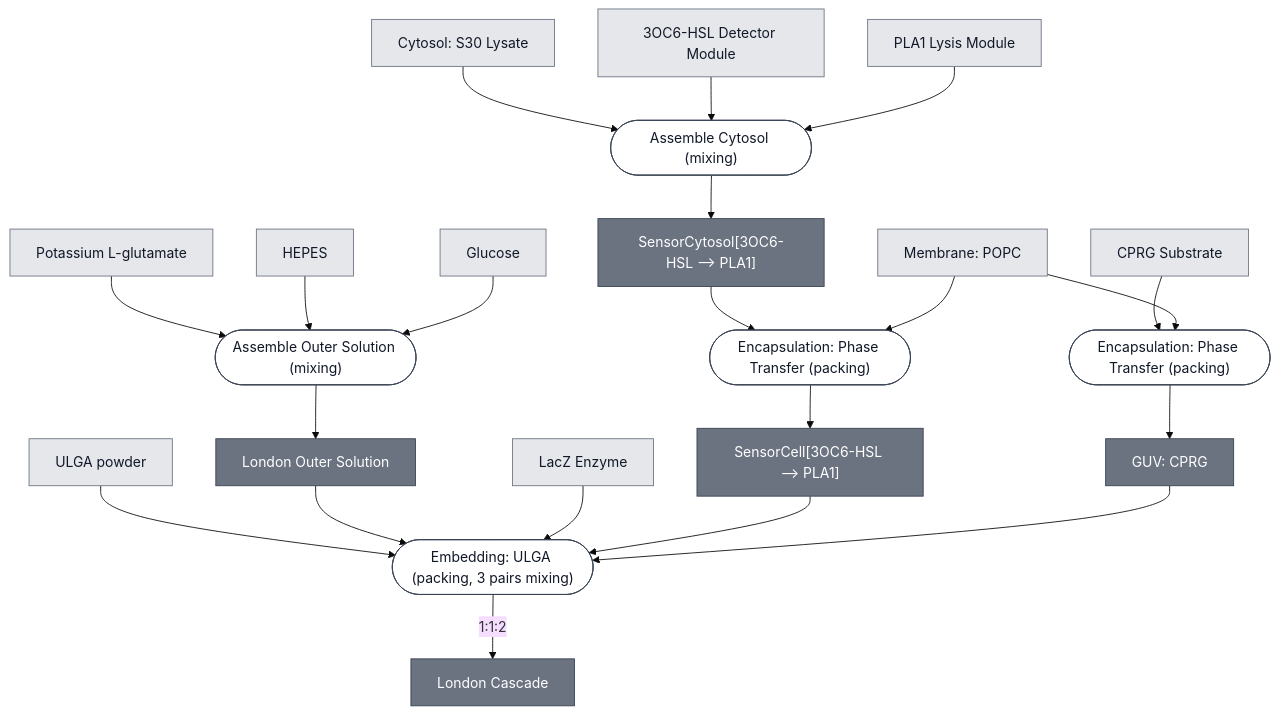
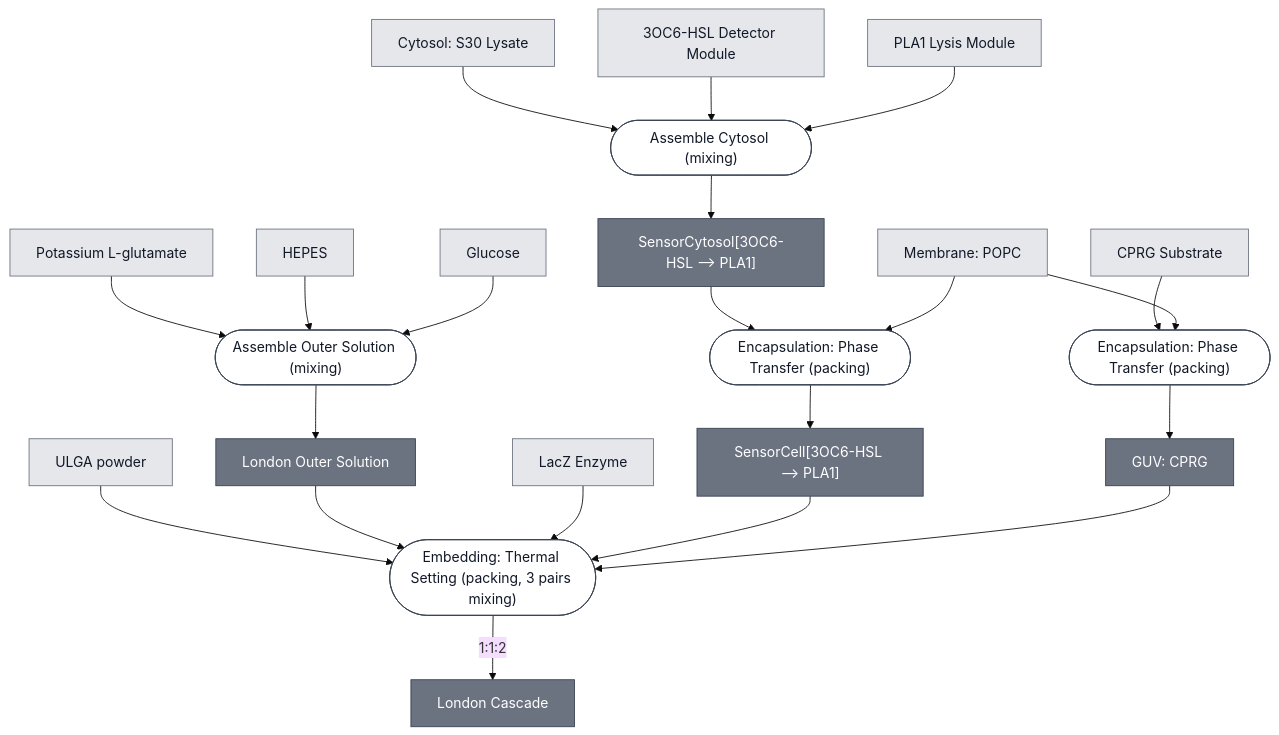
One commit to nucleus-eng/nucleus-docs changed the diagram in docs/modules/london-cascade/spec.md. Above: the diagram before and after it, drawn with Mermaid (base theme). The commit also changed other lines of this file and 50 other files, not shown here.

````diff
--- a/docs/modules/london-cascade/spec.md
+++ b/docs/modules/london-cascade/spec.md
@@ -25,75 +25,75 @@
 ```mermaid
 flowchart TD
     S30_LYSATE["Cytosol: S30 Lysate"]
     DETECTOR_3OC6_HSL["3OC6-HSL Detector Module"]
     EFFECTOR_PLA1["PLA1 Lysis Module"]
     MEMBRANE_POPC["Membrane: POPC"]
     SUBSTRATE_CPRG["CPRG Substrate"]
     REPORTER_LACZ_ENZYME["LacZ Enzyme"]
     ULGA_POWDER["ULGA powder"]
     POTASSIUM_GLUTAMATE["Potassium L-glutamate"]
     HEPES["HEPES"]
     GLUCOSE["Glucose"]
 
     P1_ASSEMBLE_CYTOSOL_0(["Assemble Cytosol (mixing)"])
     AHSL_SENSOR_CYTOSOL["SensorCytosol[3OC6-HSL ⟶ PLA1]"]
     P2_ENCAPSULATE_SENSING_0(["Encapsulation: Phase Transfer (packing)"])
     AHSL_SENSING_CELL["SensorCell[3OC6-HSL ⟶ PLA1]"]
     P3_ENCAPSULATE_SUBSTRATE_0(["Encapsulation: Phase Transfer (packing)"])
     GUV_CPRG["GUV: CPRG"]
     P4_ASSEMBLE_OUTER_SOLUTION_0(["Assemble Outer Solution (mixing)"])
     OUTER_SOLUTION_LONDON["London Outer Solution"]
-    P5_EMBED_ULGA_0(["Embedding: ULGA (packing, 3 pairs mixing)"])
+    P5_EMBED_ULGA_0(["Embedding: Thermal Setting (packing, 3 pairs mixing)"])
     LONDON_CASCADE["London Cascade"]
 
     S30_LYSATE --> P1_ASSEMBLE_CYTOSOL_0
     DETECTOR_3OC6_HSL --> P1_ASSEMBLE_CYTOSOL_0
     EFFECTOR_PLA1 --> P1_ASSEMBLE_CYTOSOL_0
     P1_ASSEMBLE_CYTOSOL_0 --> AHSL_SENSOR_CYTOSOL
 
     AHSL_SENSOR_CYTOSOL --> P2_ENCAPSULATE_SENSING_0
     MEMBRANE_POPC --> P2_ENCAPSULATE_SENSING_0
     P2_ENCAPSULATE_SENSING_0 --> AHSL_SENSING_CELL
 
     SUBSTRATE_CPRG --> P3_ENCAPSULATE_SUBSTRATE_0
     MEMBRANE_POPC --> P3_ENCAPSULATE_SUBSTRATE_0
     P3_ENCAPSULATE_SUBSTRATE_0 --> GUV_CPRG
 
     POTASSIUM_GLUTAMATE --> P4_ASSEMBLE_OUTER_SOLUTION_0
     HEPES --> P4_ASSEMBLE_OUTER_SOLUTION_0
     GLUCOSE --> P4_ASSEMBLE_OUTER_SOLUTION_0
     P4_ASSEMBLE_OUTER_SOLUTION_0 --> OUTER_SOLUTION_LONDON
 
     ULGA_POWDER --> P5_EMBED_ULGA_0
     OUTER_SOLUTION_LONDON --> P5_EMBED_ULGA_0
     REPORTER_LACZ_ENZYME --> P5_EMBED_ULGA_0
     AHSL_SENSING_CELL --> P5_EMBED_ULGA_0
     GUV_CPRG --> P5_EMBED_ULGA_0
     P5_EMBED_ULGA_0 -->|"1:1:2"| LONDON_CASCADE
 
 
     classDef leaf     fill:#e5e7eb,stroke:#6b7280,color:#111827;
     classDef composed fill:#6b7280,stroke:#374151,color:#ffffff;
     classDef process  fill:#ffffff,stroke:#374151,color:#111827;
     class S30_LYSATE,DETECTOR_3OC6_HSL,EFFECTOR_PLA1,MEMBRANE_POPC,SUBSTRATE_CPRG,REPORTER_LACZ_ENZYME,ULGA_POWDER,POTASSIUM_GLUTAMATE,HEPES,GLUCOSE leaf;
     class AHSL_SENSOR_CYTOSOL,AHSL_SENSING_CELL,GUV_CPRG,OUTER_SOLUTION_LONDON,LONDON_CASCADE composed;
     class P1_ASSEMBLE_CYTOSOL_0,P2_ENCAPSULATE_SENSING_0,P3_ENCAPSULATE_SUBSTRATE_0,P4_ASSEMBLE_OUTER_SOLUTION_0,P5_EMBED_ULGA_0 process;
 
     click S30_LYSATE "/docs/modules/s30-lysate/spec"
     click DETECTOR_3OC6_HSL "/docs/modules/detector-3oc6-hsl/spec"
     click EFFECTOR_PLA1 "/docs/modules/effector-pla1/spec"
     click MEMBRANE_POPC "/docs/modules/membrane-popc/spec"
     click SUBSTRATE_CPRG "/docs/modules/substrate-cprg/spec"
     click REPORTER_LACZ_ENZYME "/docs/modules/reporter-lacz-enzyme/spec"
     click ULGA_POWDER "/docs/modules/gel-ulga/spec"
     click P1_ASSEMBLE_CYTOSOL_0 "/docs/processes/assemble-cytosol/assemble-cytosol-main"
     click AHSL_SENSOR_CYTOSOL "/docs/modules/ahsl-sensor-cytosol/spec"
     click P2_ENCAPSULATE_SENSING_0 "/docs/processes/assemble-base-cell/main"
     click AHSL_SENSING_CELL "/docs/modules/ahsl-sensing-cell/spec"
     click P3_ENCAPSULATE_SUBSTRATE_0 "/docs/processes/assemble-base-cell/main"
     click GUV_CPRG "/docs/modules/guv-cprg/spec"
     click P4_ASSEMBLE_OUTER_SOLUTION_0 "/docs/processes/assemble-outer-solution/main"
     click OUTER_SOLUTION_LONDON "/docs/modules/outer-solution-london/spec"
-    click P5_EMBED_ULGA_0 "/docs/processes/embed-ulga-hydrogel/main"
+    click P5_EMBED_ULGA_0 "/docs/processes/embed-thermal-setting/main"
     click LONDON_CASCADE "/docs/modules/london-cascade/spec"
 ```
````
